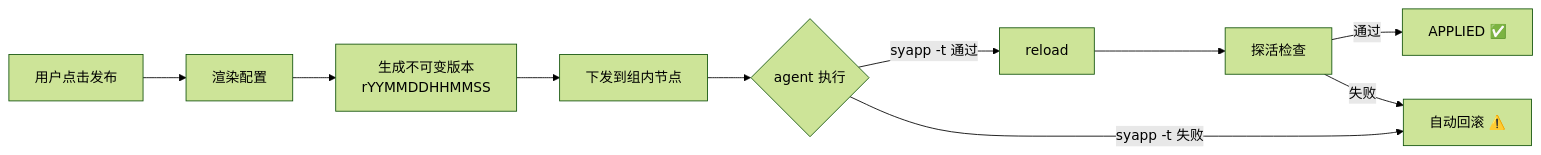
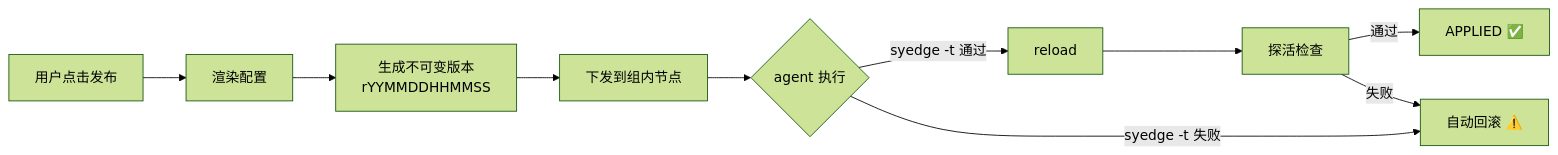
One commit to xiaoguan521/edgetraffic-os changed the fourth of 4 diagrams in docs/codebase_guide.md. Above: the diagram before and after it, drawn with Mermaid (forest theme). The commit also changed other lines of this file and 271 other files, not shown here.

````diff
--- a/docs/codebase_guide.md
+++ b/docs/codebase_guide.md
@@ -343,12 +343,12 @@
 ```mermaid
 graph LR
     A[用户点击发布] --> B[渲染配置]
     B --> C[生成不可变版本<br/>rYYMMDDHHMMSS]
     C --> D[下发到组内节点]
     D --> E{agent 执行}
-    E -->|syapp -t 通过| F[reload]
+    E -->|syedge -t 通过| F[reload]
     F --> G[探活检查]
     G -->|通过| H[APPLIED ✅]
     G -->|失败| I[自动回滚 ⚠️]
-    E -->|syapp -t 失败| I
+    E -->|syedge -t 失败| I
 ```
````
